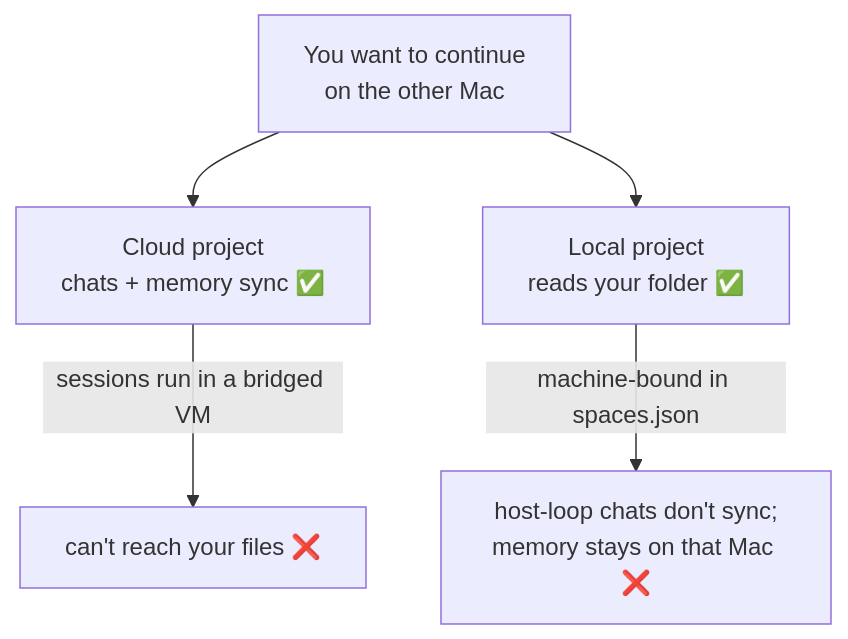
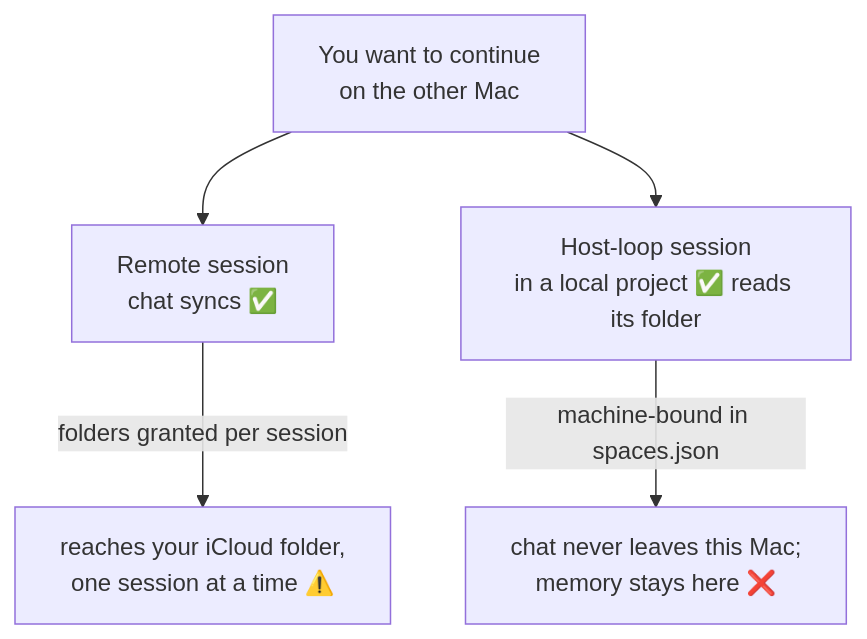
Before and after one commit to altsang/claude-tandem: the first of 2 diagrams in README.md, drawn with Mermaid. The commit also changed other lines of this file and 3 other files, not shown here.

````diff
--- a/README.md
+++ b/README.md
@@ -77,7 +84,7 @@
 ```mermaid
 flowchart TB
-    Q["You want to continue<br/>on the other Mac"] --> C
-    Q --> L
-    C["Cloud project<br/>chats + memory sync ✅"] -->|"sessions run in a bridged VM"| CF["can't reach your files ❌"]
-    L["Local project<br/>reads your folder ✅"] -->|"machine-bound in spaces.json"| LF["host-loop chats don't sync;<br/>memory stays on that Mac ❌"]
+    Q["You want to continue<br/>on the other Mac"] --> R
+    Q --> H
+    R["Remote session<br/>chat syncs ✅"] -->|"folders granted per session"| RF["reaches your iCloud folder,<br/>one session at a time ⚠️"]
+    H["Host-loop session<br/>in a local project ✅ reads its folder"] -->|"machine-bound in spaces.json"| HF["chat never leaves this Mac;<br/>memory stays here ❌"]
 ```
````
